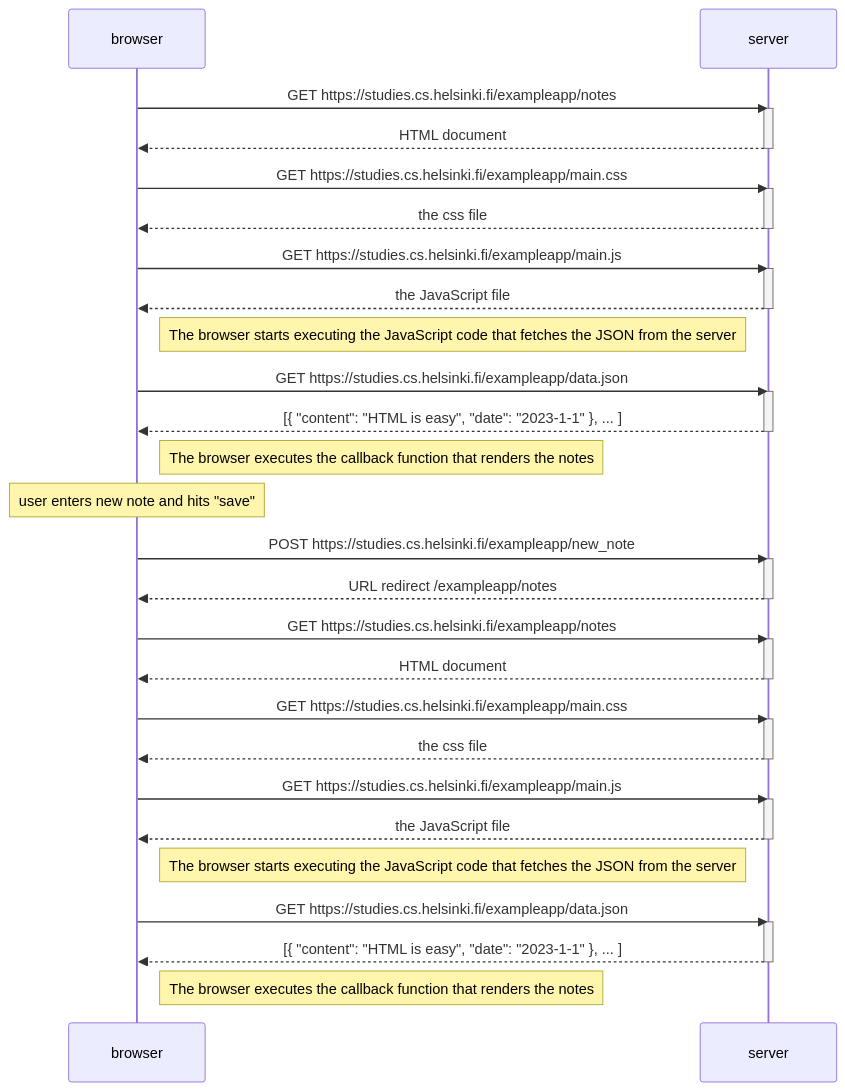
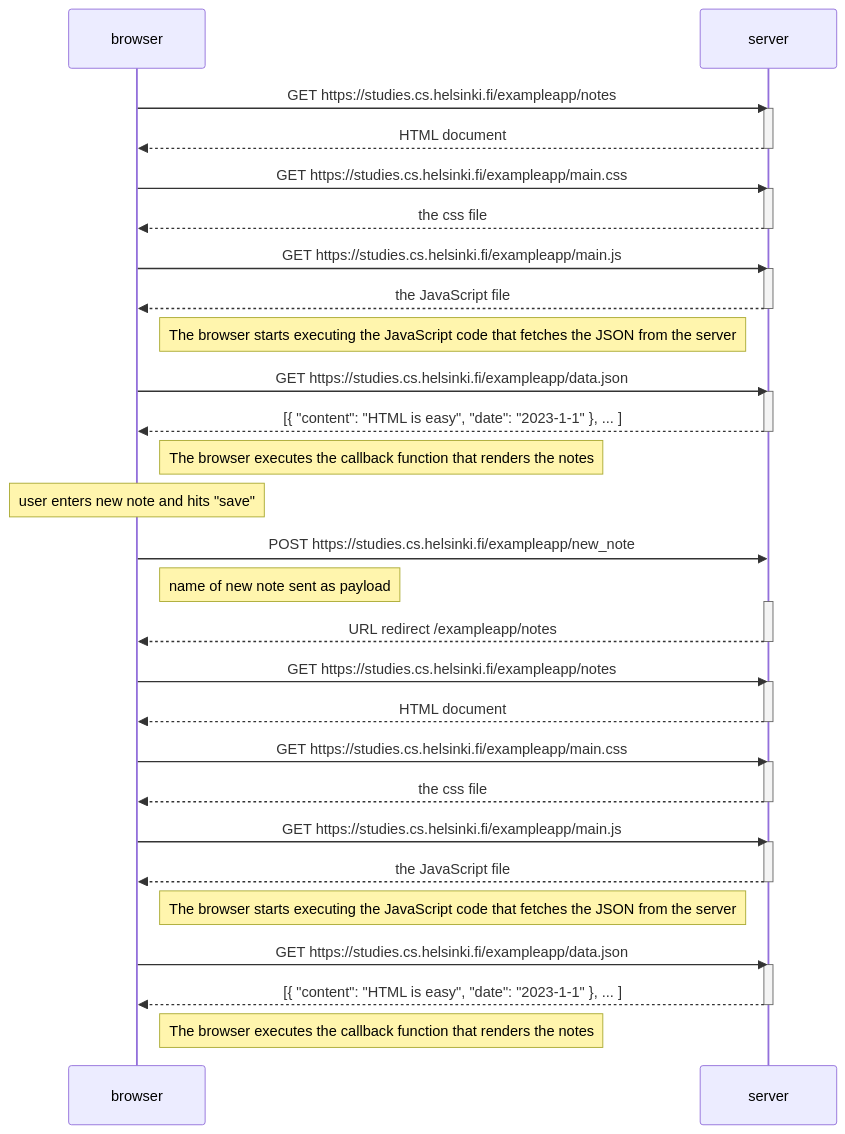
Before and after one commit to nishitnshah/fullstackcourse: the diagram in part0/exercise_0p4/sequence_diagram.md, drawn with Mermaid.

````diff
--- a/part0/exercise_0p4/sequence_diagram.md
+++ b/part0/exercise_0p4/sequence_diagram.md
@@ -1,59 +1,60 @@
 ```mermaid
 sequenceDiagram
     participant browser
     participant server
     
     browser->>server: GET https://studies.cs.helsinki.fi/exampleapp/notes
     activate server
     server-->>browser: HTML document
     deactivate server
     
     browser->>server: GET https://studies.cs.helsinki.fi/exampleapp/main.css
     activate server
     server-->>browser: the css file
     deactivate server
     
     browser->>server: GET https://studies.cs.helsinki.fi/exampleapp/main.js
     activate server
     server-->>browser: the JavaScript file
     deactivate server
     
     Note right of browser: The browser starts executing the JavaScript code that fetches the JSON from the server
     
     browser->>server: GET https://studies.cs.helsinki.fi/exampleapp/data.json
     activate server
     server-->>browser: [{ "content": "HTML is easy", "date": "2023-1-1" }, ... ]
     deactivate server    
 
     Note right of browser: The browser executes the callback function that renders the notes
 
     Note over browser: user enters new note and hits "save"
     browser->>server: POST https://studies.cs.helsinki.fi/exampleapp/new_note
+    Note right of browser: name of new note sent as payload
     activate server
     server-->>browser: URL redirect /exampleapp/notes
     deactivate server
 
     browser->>server: GET https://studies.cs.helsinki.fi/exampleapp/notes
     activate server
     server-->>browser: HTML document
     deactivate server
     
     browser->>server: GET https://studies.cs.helsinki.fi/exampleapp/main.css
     activate server
     server-->>browser: the css file
     deactivate server
     
     browser->>server: GET https://studies.cs.helsinki.fi/exampleapp/main.js
     activate server
     server-->>browser: the JavaScript file
     deactivate server
     
     Note right of browser: The browser starts executing the JavaScript code that fetches the JSON from the server
     
     browser->>server: GET https://studies.cs.helsinki.fi/exampleapp/data.json
     activate server
     server-->>browser: [{ "content": "HTML is easy", "date": "2023-1-1" }, ... ]
     deactivate server    
 
     Note right of browser: The browser executes the callback function that renders the notes
 ```
````
